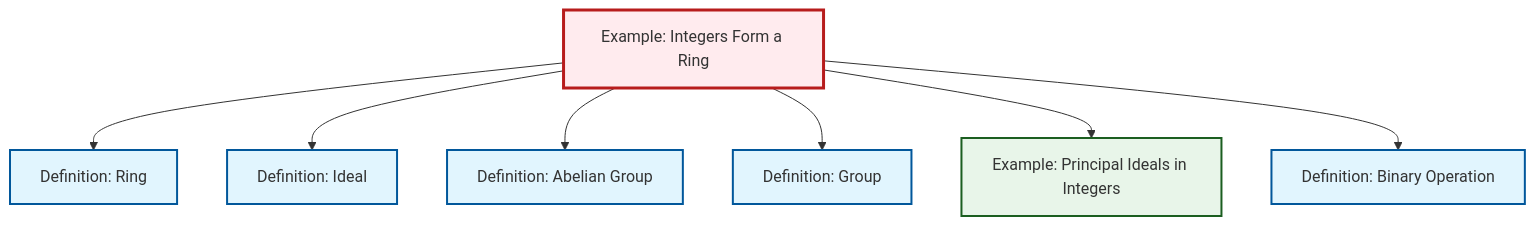
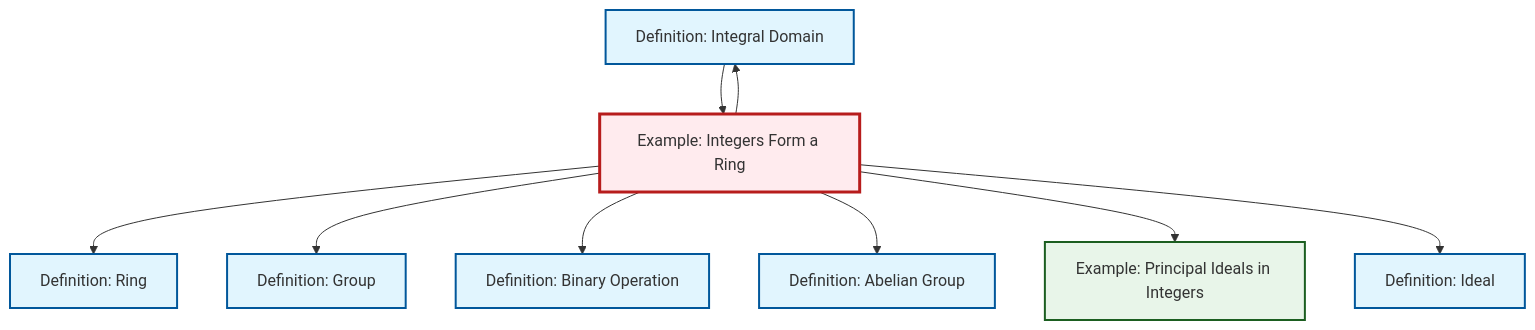
Before and after one commit to RK0429/ModernMath: the diagram in content/ja/algebra/ex-integers-ring.qmd, drawn with Mermaid. The commit also changed 597 other files, not shown here.

````diff
--- a/content/ja/algebra/ex-integers-ring.qmd
+++ b/content/ja/algebra/ex-integers-ring.qmd
@@ -65,29 +65,33 @@
 ```{mermaid}
 %%| fig-cap: "Local dependency graph"
 graph TD
     classDef definition fill:#e1f5fe,stroke:#01579b,stroke-width:2px
     classDef theorem fill:#f3e5f5,stroke:#4a148c,stroke-width:2px
     classDef axiom fill:#fff3e0,stroke:#e65100,stroke-width:2px
     classDef example fill:#e8f5e9,stroke:#1b5e20,stroke-width:2px
     classDef current fill:#ffebee,stroke:#b71c1c,stroke-width:3px
+    def-integral-domain["Definition: Integral Domain"]:::definition
+    def-ideal["Definition: Ideal"]:::definition
+    ex-principal-ideal["Example: Principal Ideals in Integers"]:::example
+    def-ring["Definition: Ring"]:::definition
+    def-abelian-group["Definition: Abelian Group"]:::definition
+    ex-integers-ring["Example: Integers Form a Ring"]:::example
+    def-group["Definition: Group"]:::definition
     def-binary-operation["Definition: Binary Operation"]:::definition
-    def-ring["Definition: Ring"]:::definition
-    def-ideal["Definition: Ideal"]:::definition
-    def-abelian-group["Definition: Abelian Group"]:::definition
-    ex-principal-ideal["Example: Principal Ideals in Integers"]:::example
-    def-group["Definition: Group"]:::definition
-    ex-integers-ring["Example: Integers Form a Ring"]:::example
     ex-integers-ring --> def-ring
+    ex-integers-ring --> def-group
+    ex-integers-ring --> def-binary-operation
+    def-integral-domain --> ex-integers-ring
+    ex-integers-ring --> def-integral-domain
+    ex-integers-ring --> def-abelian-group
+    ex-integers-ring --> ex-principal-ideal
     ex-integers-ring --> def-ideal
-    ex-integers-ring --> def-abelian-group
-    ex-integers-ring --> def-group
-    ex-integers-ring --> ex-principal-ideal
-    ex-integers-ring --> def-binary-operation
     class ex-integers-ring current
+    click def-integral-domain "def-integral-domain.html" "Definition: Integral Domainへ"
+    click def-ideal "def-ideal.html" "Definition: Idealへ"
+    click ex-principal-ideal "ex-principal-ideal.html" "Example: Principal Ideals in Integersへ"
+    click def-ring "def-ring.html" "Definition: Ringへ"
+    click def-abelian-group "def-abelian-group.html" "Definition: Abelian Groupへ"
+    click def-group "def-group.html" "Definition: Groupへ"
     click def-binary-operation "def-binary-operation.html" "Definition: Binary Operationへ"
-    click def-ring "def-ring.html" "Definition: Ringへ"
-    click def-ideal "def-ideal.html" "Definition: Idealへ"
-    click def-abelian-group "def-abelian-group.html" "Definition: Abelian Groupへ"
-    click ex-principal-ideal "ex-principal-ideal.html" "Example: Principal Ideals in Integersへ"
-    click def-group "def-group.html" "Definition: Groupへ"
 ```
````
